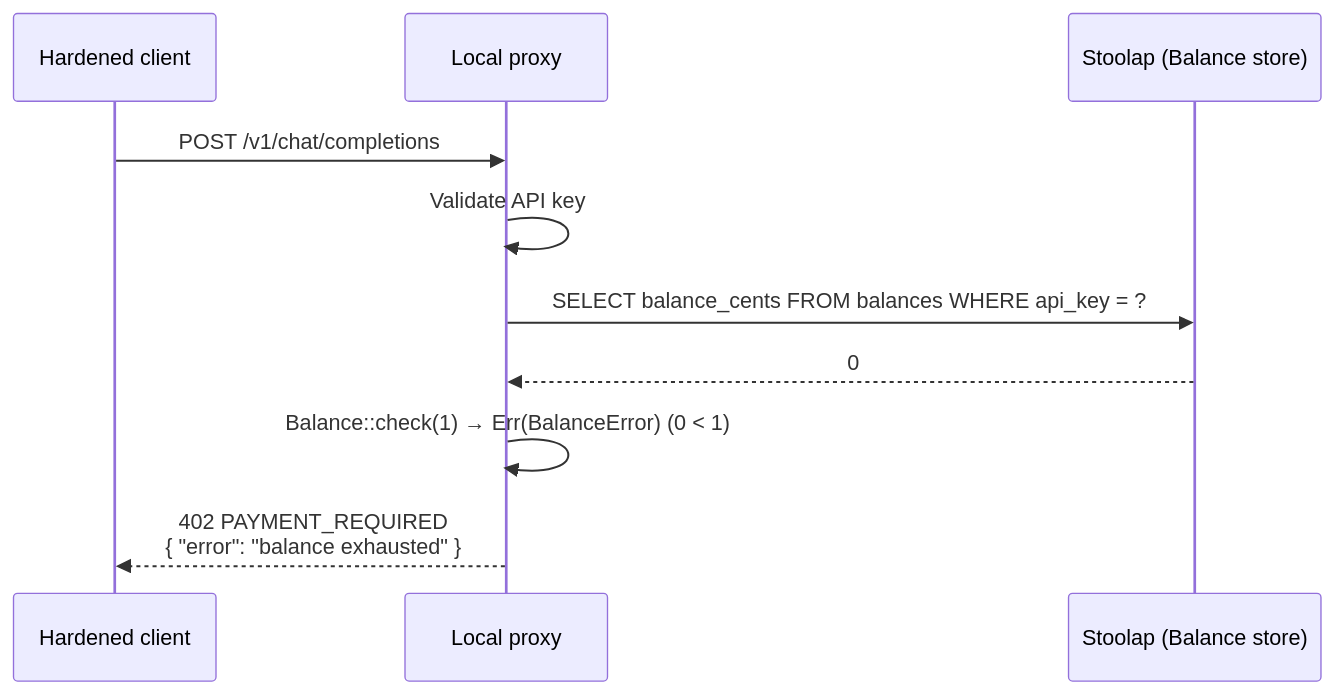
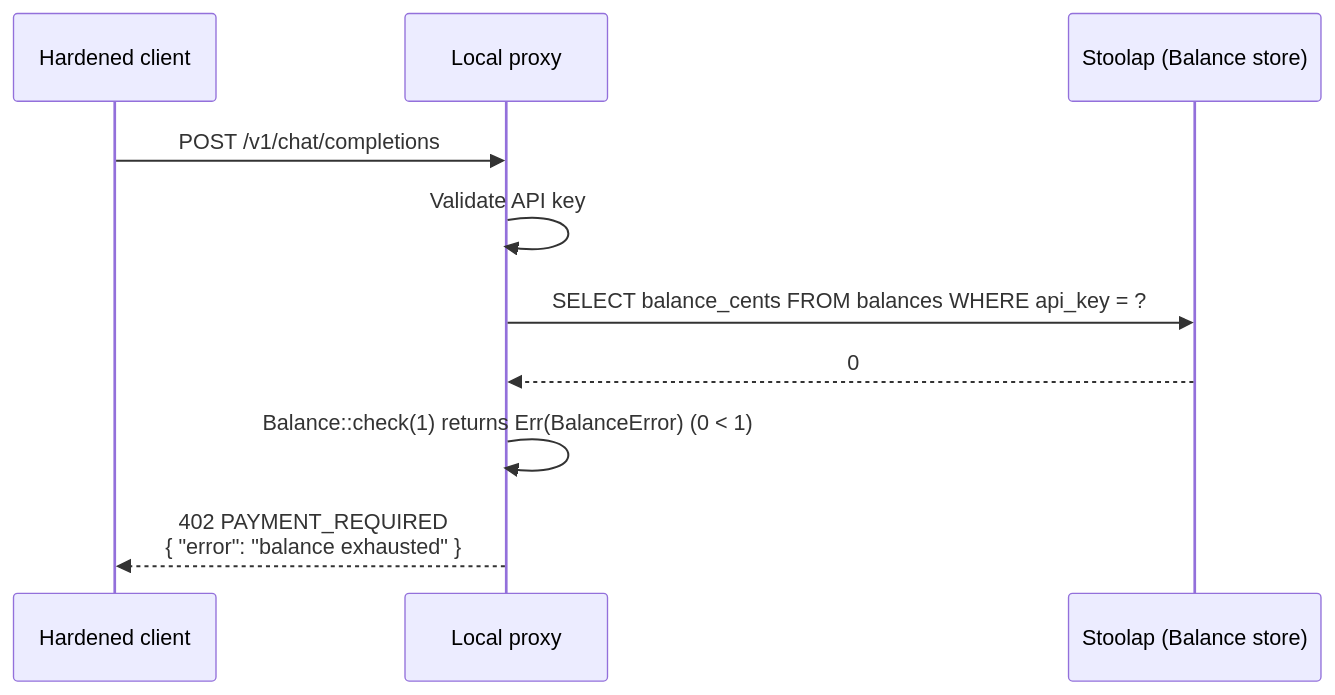
The fourth of 14 diagrams in docs/architecture/end-to-end-scenarios.md (CipherOcto/cipherocto), drawn with Mermaid before and after one commit. The commit also changed other lines of this file, not shown here.

````diff
--- a/docs/architecture/end-to-end-scenarios.md
+++ b/docs/architecture/end-to-end-scenarios.md
@@ -204,13 +204,13 @@
 ```mermaid
 sequenceDiagram
     participant C as Hardened client
     participant P as Local proxy
     participant DB as Stoolap (Balance store)
 
     C->>P: POST /v1/chat/completions
     P->>P: Validate API key
     P->>DB: SELECT balance_cents FROM balances WHERE api_key = ?
     DB-->>P: 0
-    P->>P: Balance::check(1) → Err(BalanceError) (0 < 1)
+    P->>P: Balance::check(1) returns Err(BalanceError) (0 < 1)
     P-->>C: 402 PAYMENT_REQUIRED<br/>{ "error": "balance exhausted" }
 ```
````
